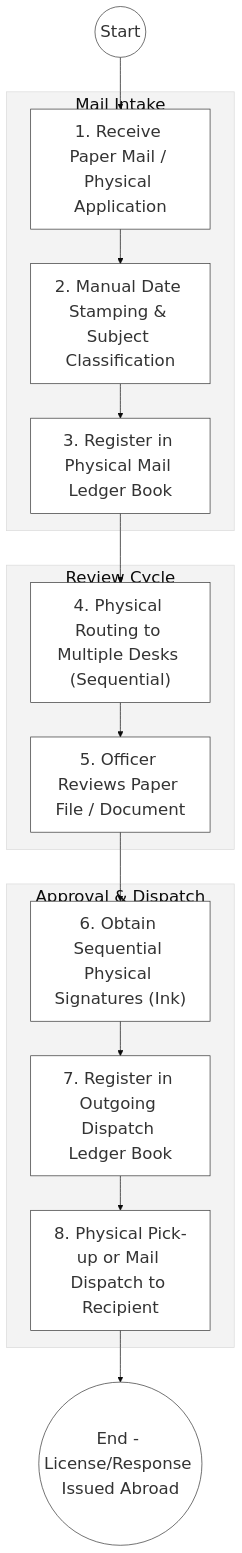
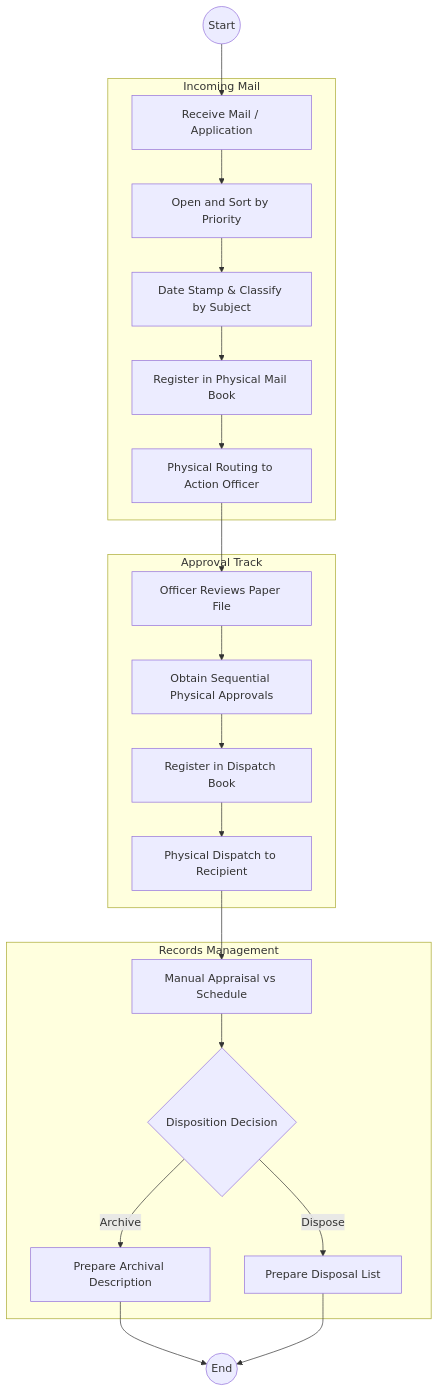
The first of 2 diagrams in mdas/docs_final/priority_mdas/Energy___Service_Delivery.md (BITZ-IT-Consulting-LTD/ictapoc), drawn with Mermaid before and after one commit. The commit also changed other lines of this file and 90 other files, not shown here.

````diff
--- a/mdas/docs_final/priority_mdas/Energy___Service_Delivery.md
+++ b/mdas/docs_final/priority_mdas/Energy___Service_Delivery.md
@@ -77,23 +51,28 @@
 ```mermaid
-%%{init: { 'theme': 'base', 'themeVariables': { 'fontSize': '24px', 'fontFamily': 'Inter, system-ui, sans-serif', 'primaryColor': '#ffffff', 'edgeLabelBackground':'#ffffff', 'tertiaryColor': '#f3f3f3', 'mainBkg': '#ffffff', 'nodeBorder': '#333333' } } }%%
 flowchart TD
-    Start((Start)) --> Receive["1. Receive Paper Mail / Physical Application"]
+    Start((Start)) --> Receive["Receive Mail / Application"]
     
-    subgraph Registry_Silo["Mail Intake"]
-        Receive --> Stamp["2. Manual Date Stamping & Subject Classification"]
-        Stamp --> Register["3. Register in Physical Mail Ledger Book"]
+    subgraph Registry_Operations["Incoming Mail"]
+        Receive --> Sort["Open and Sort by Priority"]
+        Sort --> Stamp["Date Stamp & Classify by Subject"]
+        Stamp --> Register["Register in Physical Mail Book"]
+        Register --> Route["Physical Routing to Action Officer"]
     end
-
-    subgraph Operation_Silo["Review Cycle"]
-        Register --> Route["4. Physical Routing to Multiple Desks (Sequential)"]
-        Route --> Review["5. Officer Reviews Paper File / Document"]
+    
+    subgraph Action["Approval Track"]
+        Route --> Prepare["Officer Reviews Paper File"]
+        Prepare --> Approvals["Obtain Sequential Physical Approvals"]
+        Approvals --> DispatchBook["Register in Dispatch Book"]
+        DispatchBook --> Dispatch["Physical Dispatch to Recipient"]
     end
-
-    subgraph Settlement_Layer["Approval & Dispatch"]
-        Review --> Appr["6. Obtain Sequential Physical Signatures (Ink)"]
-        Appr --> LogOut["7. Register in Outgoing Dispatch Ledger Book"]
-        LogOut --> Dispatch["8. Physical Pick-up or Mail Dispatch to Recipient"]
+    
+    subgraph Archival["Records Management"]
+        Dispatch --> Appraisal["Manual Appraisal vs Schedule"]
+        Appraisal --> Disp{"Disposition Decision"}
+        Disp -- "Archive" --> ArchDesc["Prepare Archival Description"]
+        Disp -- "Dispose" --> DispList["Prepare Disposal List"]
     end
-
-    Dispatch --> EndProcess(("End - License/Response Issued Abroad"))
+    
+    ArchDesc --> End((End))
+    DispList --> End
 ```
````
